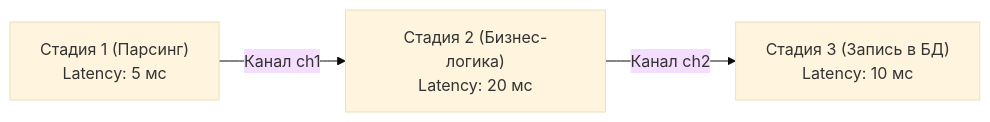
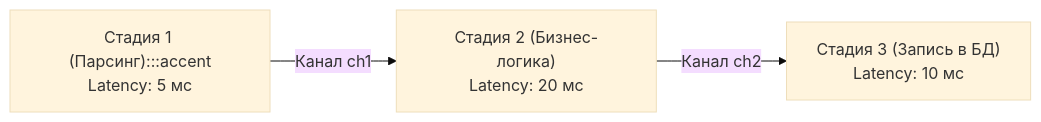
The fourth of 4 diagrams in sources/16. Профилирование, отладка и производительность/01. Фундамент/2. Latency vs throughput.md (UnrealTemplier/go-textbook), drawn with Mermaid (base theme) before and after one commit. The commit also changed other lines of this file and 1666 other files, not shown here.

First line of the commit message:
feat(mermaid): add semantic color classDef to 1369 colorless flowchart/graph diagrams

````diff
--- a/sources/16. Профилирование, отладка и производительность/01. Фундамент/2. Latency vs throughput.md
+++ b/sources/16. Профилирование, отладка и производительность/01. Фундамент/2. Latency vs throughput.md
@@ -120,5 +150,15 @@
 ```mermaid
 flowchart LR
-    Stage1["Стадия 1 (Парсинг)<br/>Latency: 5 мс"] -->|Канал ch1| Stage2["Стадия 2 (Бизнес-логика)<br/>Latency: 20 мс"]
+    classDef process  fill:#1e293b,stroke:#38bdf8,stroke-width:1px,color:#f8fafc
+    classDef success  fill:#064e3b,stroke:#34d399,stroke-width:1px,color:#f8fafc
+    classDef error    fill:#7f1d1d,stroke:#f87171,stroke-width:1px,color:#f8fafc
+    classDef warning  fill:#78350f,stroke:#fbbf24,stroke-width:1px,color:#f8fafc
+    classDef entry    fill:#1e3a5f,stroke:#38bdf8,stroke-width:2px,color:#f8fafc
+    classDef aux      fill:#334155,stroke:#64748b,stroke-width:1px,color:#f8fafc
+    classDef system   fill:#312e81,stroke:#a78bfa,stroke-width:1px,color:#f8fafc
+    classDef data     fill:#132d29,stroke:#2dd4bf,stroke-width:1px,color:#f8fafc
+    classDef network  fill:#881337,stroke:#fb7185,stroke-width:1px,color:#f8fafc
+    classDef accent   fill:#1e1b4b,stroke:#818cf8,stroke-width:1px,color:#f8fafc
+    Stage1["Стадия 1 (Парсинг):::accent<br/>Latency: 5 мс"] -->|Канал ch1| Stage2["Стадия 2 (Бизнес-логика)<br/>Latency: 20 мс"]
     Stage2 -->|Канал ch2| Stage3["Стадия 3 (Запись в БД)<br/>Latency: 10 мс"]
 ```
````
